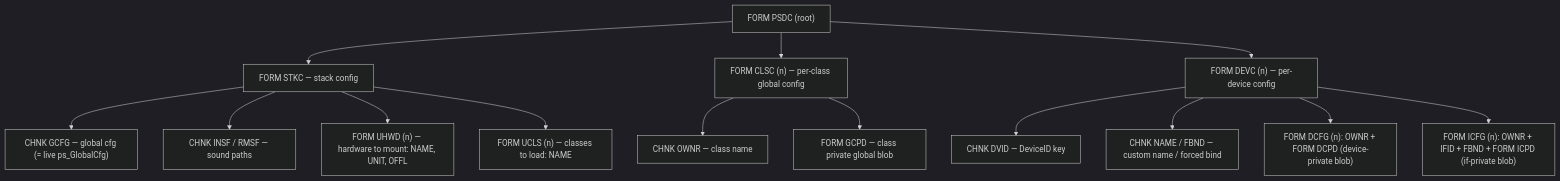
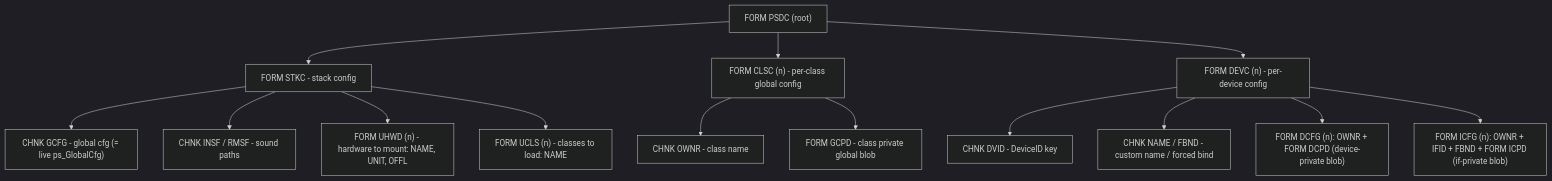
One commit to rondoval/poseidon-backport changed the ninth of 17 diagrams in docs/poseidon.library-architecture.md. Above: the diagram before and after it, drawn with Mermaid (dark theme). The commit also changed other lines of this file and 108 other files, not shown here.

````diff
--- a/docs/poseidon.library-architecture.md
+++ b/docs/poseidon.library-architecture.md
@@ -816,20 +816,20 @@
 ```mermaid
 flowchart TD
     PSDC["FORM PSDC (root)"]
-    PSDC --> STKC["FORM STKC — stack config"]
-    PSDC --> CLSC["FORM CLSC (n) — per-class global config"]
-    PSDC --> DEVC["FORM DEVC (n) — per-device config"]
+    PSDC --> STKC["FORM STKC - stack config"]
+    PSDC --> CLSC["FORM CLSC (n) - per-class global config"]
+    PSDC --> DEVC["FORM DEVC (n) - per-device config"]
 
-    STKC --> GCFG["CHNK GCFG — global cfg (= live ps_GlobalCfg)"]
-    STKC --> SND["CHNK INSF / RMSF — sound paths"]
-    STKC --> UHWD["FORM UHWD (n) — hardware to mount: NAME, UNIT, OFFL"]
-    STKC --> UCLS["FORM UCLS (n) — classes to load: NAME"]
+    STKC --> GCFG["CHNK GCFG - global cfg (= live ps_GlobalCfg)"]
+    STKC --> SND["CHNK INSF / RMSF - sound paths"]
+    STKC --> UHWD["FORM UHWD (n) - hardware to mount: NAME, UNIT, OFFL"]
+    STKC --> UCLS["FORM UCLS (n) - classes to load: NAME"]
 
-    CLSC --> OWN1["CHNK OWNR — class name"]
-    CLSC --> GCPD["FORM GCPD — class private global blob"]
+    CLSC --> OWN1["CHNK OWNR - class name"]
+    CLSC --> GCPD["FORM GCPD - class private global blob"]
 
-    DEVC --> DVID["CHNK DVID — DeviceID key"]
-    DEVC --> NAME["CHNK NAME / FBND — custom name / forced bind"]
+    DEVC --> DVID["CHNK DVID - DeviceID key"]
+    DEVC --> NAME["CHNK NAME / FBND - custom name / forced bind"]
     DEVC --> DCFG["FORM DCFG (n): OWNR + FORM DCPD (device-private blob)"]
     DEVC --> ICFG["FORM ICFG (n): OWNR + IFID + FBND + FORM ICPD (if-private blob)"]
 ```
````
